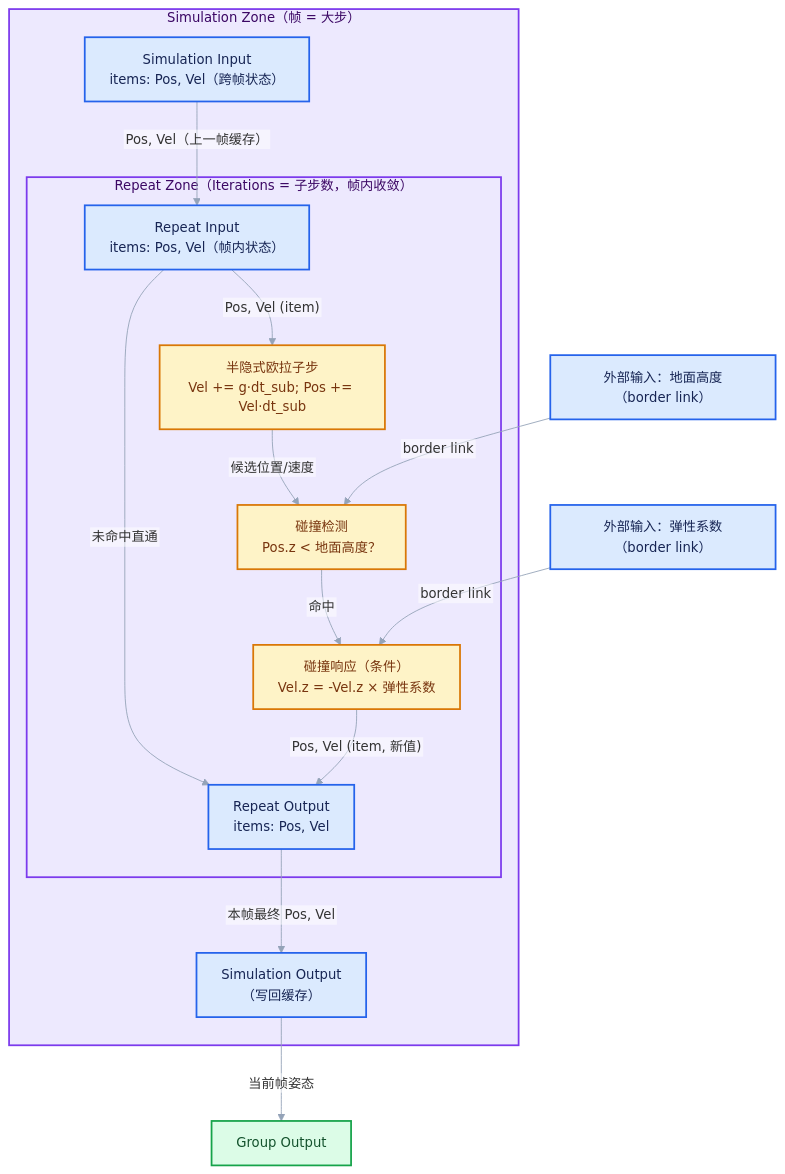
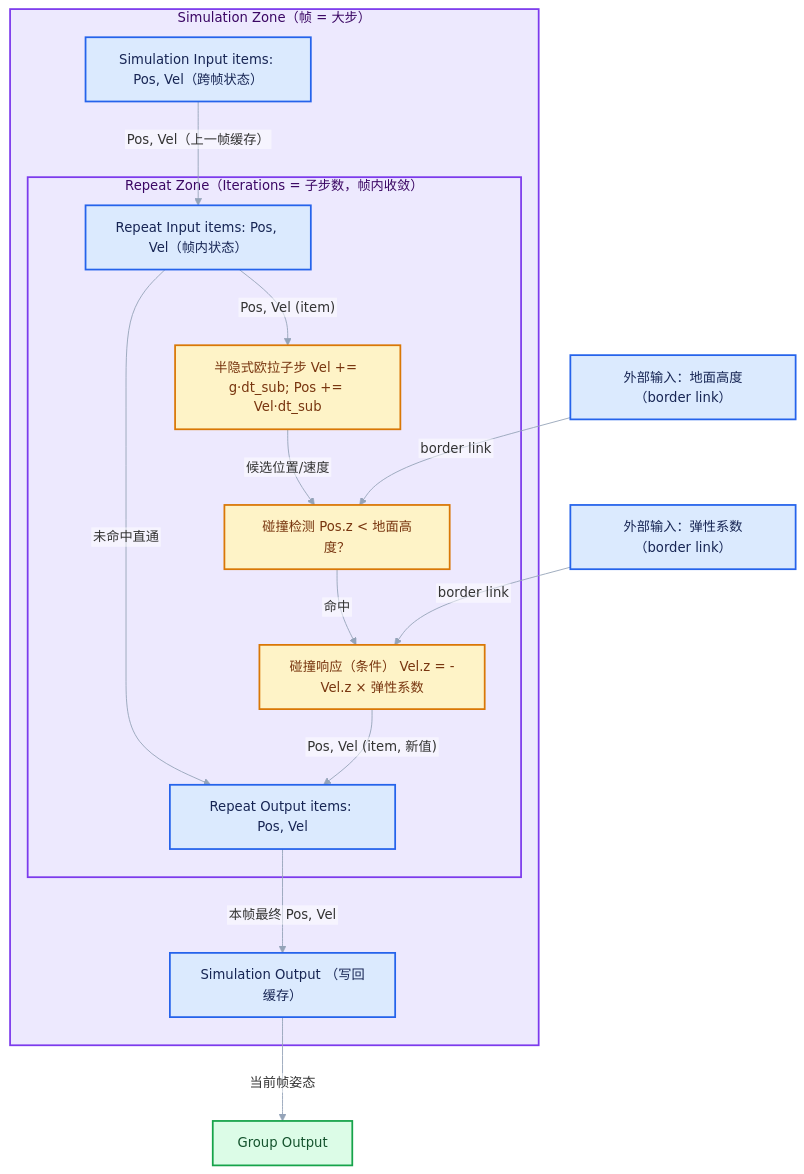
Before and after one commit to yunkezengren/blender-.vscode: diagram 15 of 16 in 杂/markdown/重复区域-dsh/06-实战与性能/01-使用模式与迭代设计.md, drawn with Mermaid. The commit also changed other lines of this file and 27 other files, not shown here.

````diff
--- a/杂/markdown/重复区域-dsh/06-实战与性能/01-使用模式与迭代设计.md
+++ b/杂/markdown/重复区域-dsh/06-实战与性能/01-使用模式与迭代设计.md
@@ -973,35 +933,35 @@
 ```mermaid
 %%{init: {"theme":"base","themeVariables":{"fontFamily":"\"Segoe UI\",\"Microsoft YaHei\",sans-serif","fontSize":"15px","lineColor":"#94A3B8","edgeLabelBackground":"#FFFFFF","clusterBkg":"#F8FAFC","clusterBorder":"#CBD5E1"},"flowchart":{"htmlLabels":false,"curve":"basis","nodeSpacing":52,"rankSpacing":64,"padding":14,"diagramPadding":16,"useMaxWidth":true},"sequence":{"useMaxWidth":true,"wrap":true,"mirrorActors":false,"messageMargin":36}}}%%
 flowchart TB
     subgraph SIM["Simulation Zone（帧 = 大步）"]
-        SI["Simulation Input<br/>items: Pos, Vel（跨帧状态）"]:::input
+        SI["Simulation Input items: Pos, Vel（跨帧状态）"]:::input
         subgraph REP["Repeat Zone（Iterations = 子步数，帧内收敛）"]
-            RI["Repeat Input<br/>items: Pos, Vel（帧内状态）"]:::input
-            RO["Repeat Output<br/>items: Pos, Vel"]:::input
-            INTEG["半隐式欧拉子步<br/>Vel += g·dt_sub; Pos += Vel·dt_sub"]:::compute
-            HIT["碰撞检测<br/>Pos.z < 地面高度？"]:::compute
-            BOUNCE["碰撞响应（条件）<br/>Vel.z = -Vel.z × 弹性系数"]:::compute
+            RI["Repeat Input items: Pos, Vel（帧内状态）"]:::input
+            RO["Repeat Output items: Pos, Vel"]:::input
+            INTEG["半隐式欧拉子步 Vel += g·dt_sub; Pos += Vel·dt_sub"]:::compute
+            HIT["碰撞检测 Pos.z < 地面高度？"]:::compute
+            BOUNCE["碰撞响应（条件） Vel.z = -Vel.z × 弹性系数"]:::compute
             RI -- "Pos, Vel (item)" --> INTEG
             INTEG -- "候选位置/速度" --> HIT
             HIT -- "命中" --> BOUNCE
             BOUNCE -- "Pos, Vel (item, 新值)" --> RO
             RI -- "未命中直通" --> RO
         end
         SI -- "Pos, Vel（上一帧缓存）" --> RI
-        RO -- "本帧最终 Pos, Vel" --> SO["Simulation Output<br/>（写回缓存）"]:::input
+        RO -- "本帧最终 Pos, Vel" --> SO["Simulation Output （写回缓存）"]:::input
     end
     GROUND["外部输入：地面高度（border link）"]:::input
     GROUND -- "border link" --> HIT
     ELAS["外部输入：弹性系数（border link）"]:::input
     ELAS -- "border link" --> BOUNCE
     SO -- "当前帧姿态" --> OUT["Group Output"]:::result
 
     class SIM,REP abstraction;
     classDef input fill:#DBEAFE,stroke:#2563EB,color:#172554,stroke-width:2px;
     class ZONE abstraction;
     classDef data fill:#CFFAFE,stroke:#0891B2,color:#164E63,stroke-width:2px;
     classDef abstraction fill:#EDE9FE,stroke:#7C3AED,color:#3B0764,stroke-width:2px;
     classDef compute fill:#FEF3C7,stroke:#D97706,color:#78350F,stroke-width:2px;
     classDef result fill:#DCFCE7,stroke:#16A34A,color:#14532D,stroke-width:2px;
     classDef error fill:#FEE2E2,stroke:#DC2626,color:#7F1D1D,stroke-width:2px;
 ```
````
